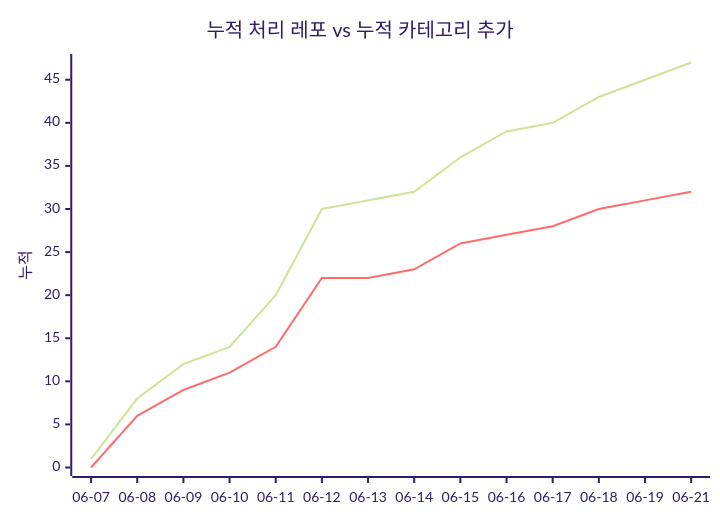
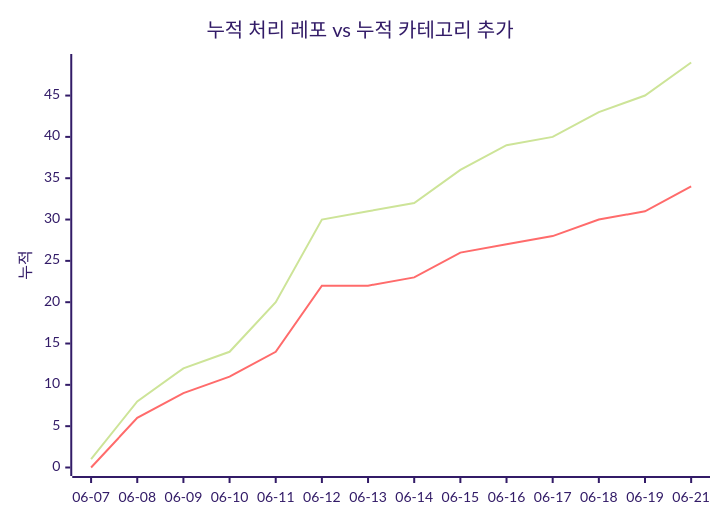
One commit to J-nowcow/awesome-korean-agent-skills changed the second of 2 diagrams in docs/trends.md. Above: the diagram before and after it, drawn with Mermaid (forest theme). The commit also changed other lines of this file and 5 other files, not shown here.

````diff
--- a/docs/trends.md
+++ b/docs/trends.md
@@ -68,8 +68,8 @@
 ```mermaid
 xychart-beta
     title "누적 처리 레포 vs 누적 카테고리 추가"
     x-axis ["06-07","06-08","06-09","06-10","06-11","06-12","06-13","06-14","06-15","06-16","06-17","06-18","06-19","06-21"]
     y-axis "누적"
-    line [1,8,12,14,20,30,31,32,36,39,40,43,45,47]
-    line [0,6,9,11,14,22,22,23,26,27,28,30,31,32]
+    line [1,8,12,14,20,30,31,32,36,39,40,43,45,49]
+    line [0,6,9,11,14,22,22,23,26,27,28,30,31,34]
 ```
````
